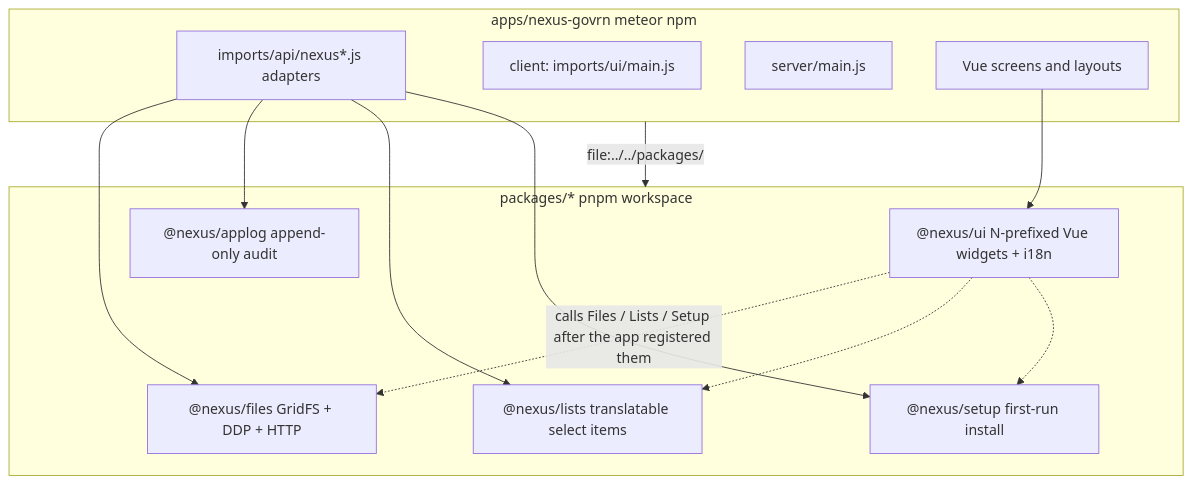
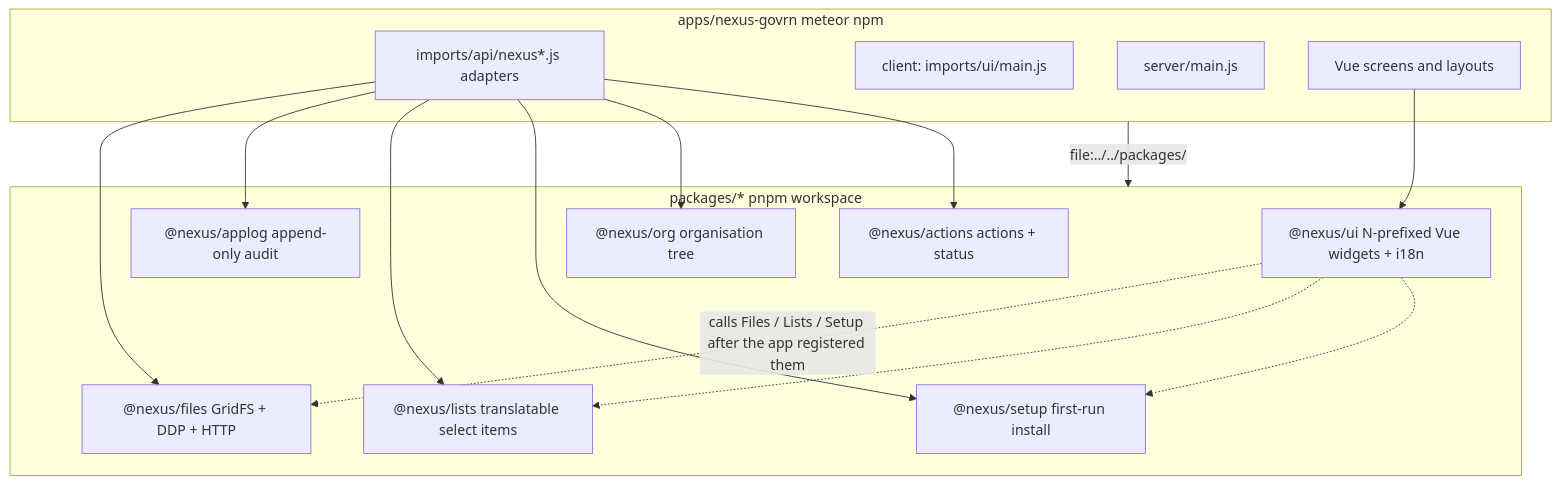
One commit to kasgarally/ik-nexus changed the first of 4 diagrams in PACKAGES.md. Above: the diagram before and after it, drawn with Mermaid. The commit also changed other lines of this file and 84 other files, not shown here.

Commit message:
Implemented plan for actions and action status. Will integrate in Risks sub-app

````diff
--- a/PACKAGES.md
+++ b/PACKAGES.md
@@ -47,25 +47,29 @@
 ```mermaid
 flowchart TB
   subgraph packagesDir ["packages/*  pnpm workspace"]
     ui["@nexus/ui N-prefixed Vue widgets + i18n"]
     files["@nexus/files GridFS + DDP + HTTP"]
     applog["@nexus/applog append-only audit"]
     lists["@nexus/lists translatable select items"]
     setup["@nexus/setup first-run install"]
+    orgPkg["@nexus/org organisation tree"]
+    actionsPkg["@nexus/actions actions + status"]
   end
   subgraph govrn ["apps/nexus-govrn  meteor npm"]
     adapter["imports/api/nexus*.js adapters"]
     client["client: imports/ui/main.js"]
     server["server/main.js"]
     screens["Vue screens and layouts"]
   end
   govrn -->|"file:../../packages/<name>"| packagesDir
   adapter --> files
   adapter --> applog
   adapter --> lists
   adapter --> setup
+  adapter --> orgPkg
+  adapter --> actionsPkg
   screens --> ui
   ui -.->|"calls Files / Lists / Setup after the app registered them"| files
   ui -.-> lists
   ui -.-> setup
 ```
````
